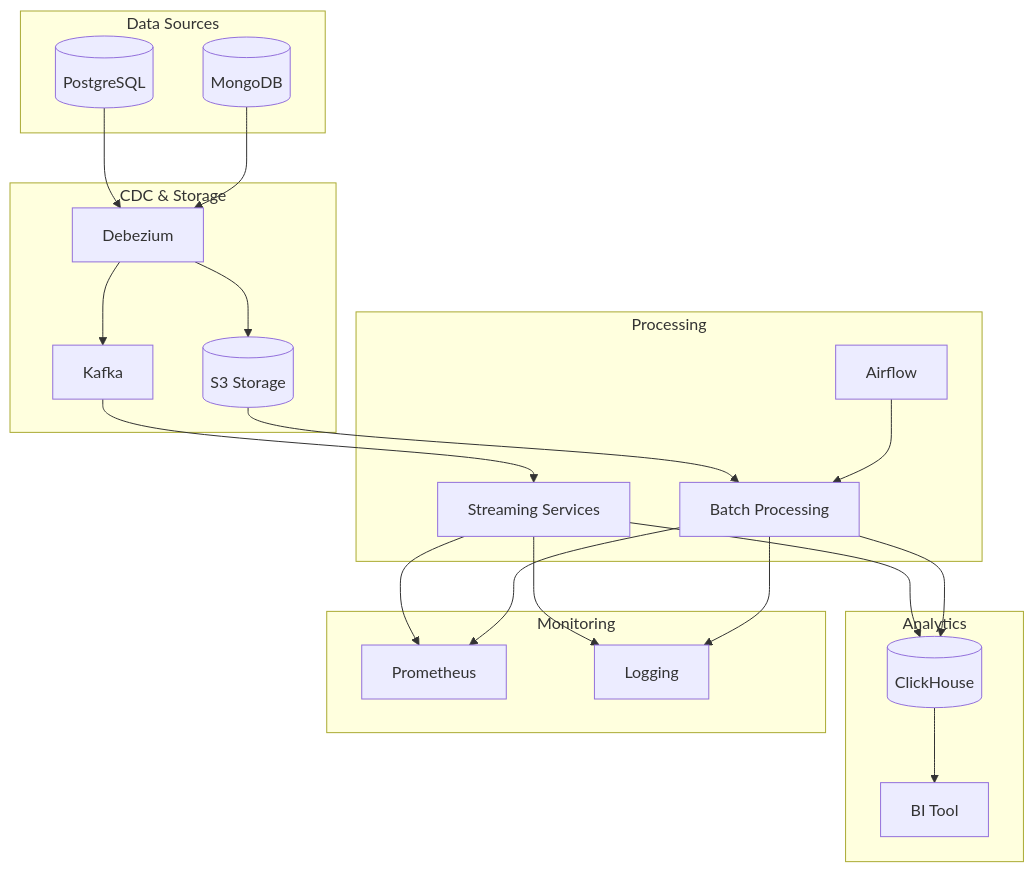
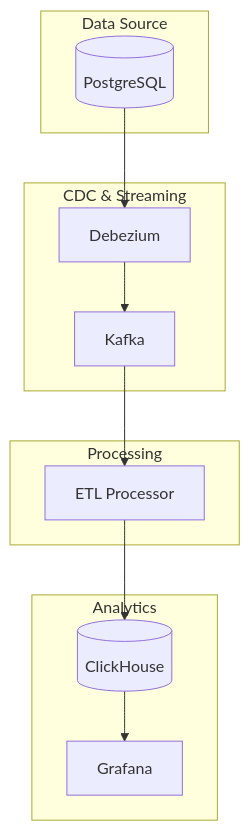
One commit to AAMoshenskij/online_store changed the diagram in ARCHITECTURE.md. Above: the diagram before and after it, drawn with Mermaid. The commit also changed other lines of this file and 8 other files, not shown here.

````diff
--- a/ARCHITECTURE.md
+++ b/ARCHITECTURE.md
@@ -47,47 +46,30 @@
 ```mermaid
 graph TB
-    subgraph "Data Sources"
+    subgraph "Data Source"
         PG[(PostgreSQL)]
-        MDB[(MongoDB)]
     end
 
-    subgraph "CDC & Storage"
+    subgraph "CDC & Streaming"
         DEB[Debezium]
         KAFKA[Kafka]
-        S3[(S3 Storage)]
     end
 
     subgraph "Processing"
-        STREAM[Streaming Services]
-        BATCH[Batch Processing]
-        AIRFLOW[Airflow]
+        ETL[ETL Processor]
     end
 
     subgraph "Analytics"
         CH[(ClickHouse)]
-        BI[BI Tool]
+        GRAF[Grafana]
     end
 
-    subgraph "Monitoring"
-        PROM[Prometheus]
-        LOGS[Logging]
-    end
+    
 
     PG --> DEB
-    MDB --> DEB
     DEB --> KAFKA
-    DEB --> S3
+    KAFKA --> ETL
+    ETL --> CH
+    CH --> GRAF
 
-    KAFKA --> STREAM
-    S3 --> BATCH
-    AIRFLOW --> BATCH
-
-    STREAM --> CH
-    BATCH --> CH
-    CH --> BI
-
-    STREAM --> PROM
-    BATCH --> PROM
-    STREAM --> LOGS
-    BATCH --> LOGS
+    
 ```
````
